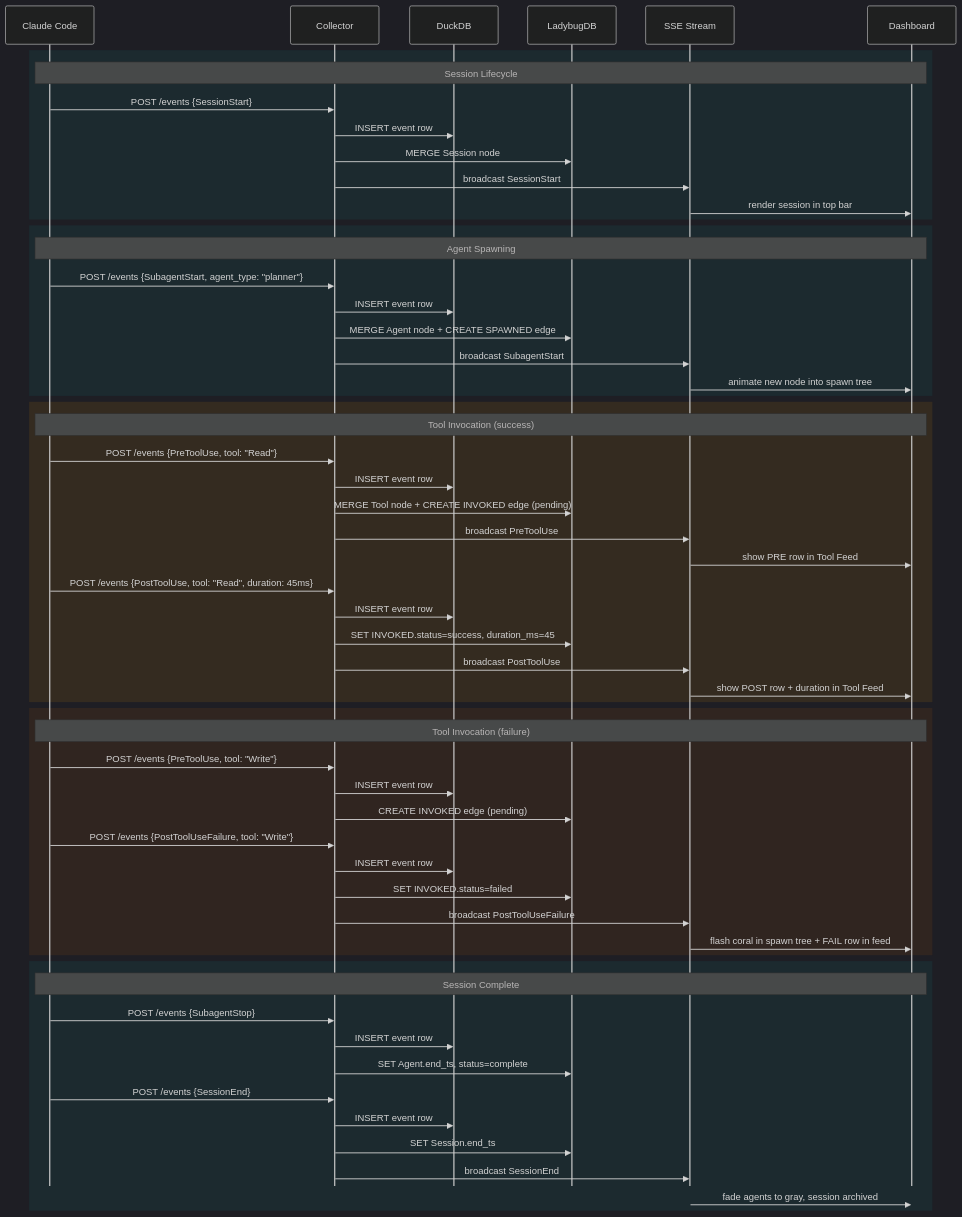
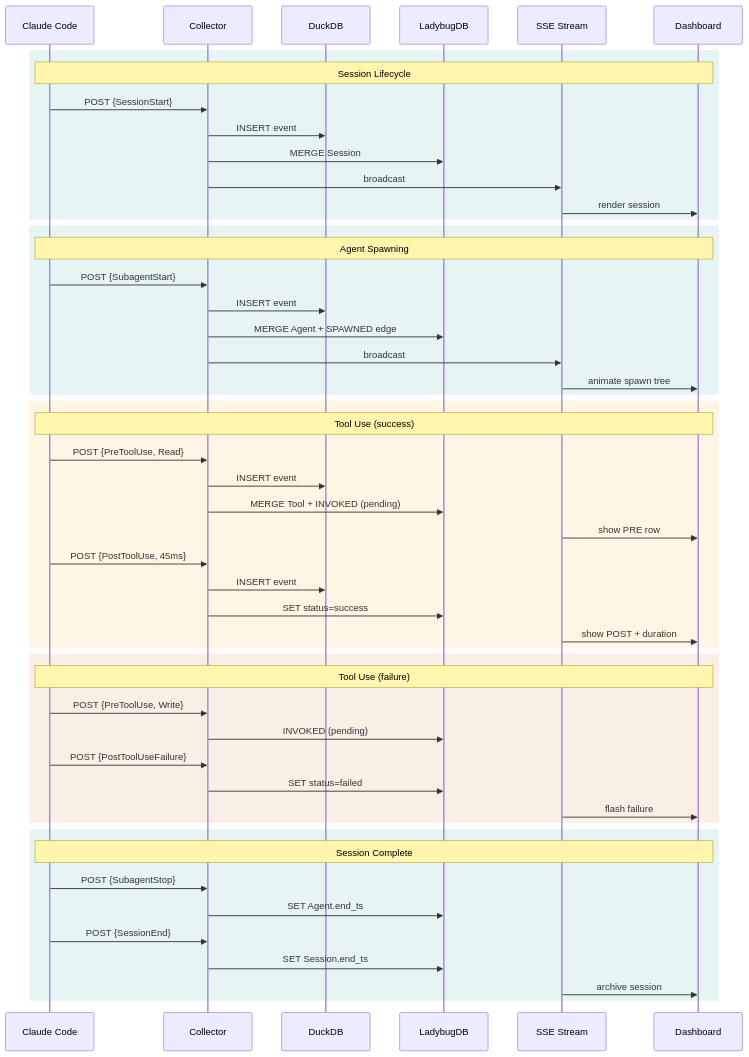
The third of 4 diagrams in docs/architecture.md (halcyondude/observable-claude), drawn with Mermaid before and after one commit. The commit also changed other lines of this file and 6 other files, not shown here.

First line of the commit message:
docs: rewrite with matt-voice, fix mermaid for github rendering

````diff
--- a/docs/architecture.md
+++ b/docs/architecture.md
@@ -143,67 +109,58 @@
 ```mermaid
-%%{init: {'theme': 'dark', 'sequence': {'mirrorActors': false}}}%%
 sequenceDiagram
     participant CC as Claude Code
     participant COL as Collector
     participant DUCK as DuckDB
     participant LADY as LadybugDB
     participant SSE as SSE Stream
     participant DASH as Dashboard
 
     rect rgba(10, 147, 150, 0.1)
         Note over CC,DASH: Session Lifecycle
-        CC->>COL: POST /events {SessionStart}
-        COL->>DUCK: INSERT event row
-        COL->>LADY: MERGE Session node
-        COL->>SSE: broadcast SessionStart
-        SSE->>DASH: render session in top bar
+        CC->>COL: POST {SessionStart}
+        COL->>DUCK: INSERT event
+        COL->>LADY: MERGE Session
+        COL->>SSE: broadcast
+        SSE->>DASH: render session
     end
 
     rect rgba(10, 147, 150, 0.1)
         Note over CC,DASH: Agent Spawning
-        CC->>COL: POST /events {SubagentStart, agent_type: "planner"}
-        COL->>DUCK: INSERT event row
-        COL->>LADY: MERGE Agent node + CREATE SPAWNED edge
-        COL->>SSE: broadcast SubagentStart
-        SSE->>DASH: animate new node into spawn tree
+        CC->>COL: POST {SubagentStart}
+        COL->>DUCK: INSERT event
+        COL->>LADY: MERGE Agent + SPAWNED edge
+        COL->>SSE: broadcast
+        SSE->>DASH: animate spawn tree
     end
 
     rect rgba(238, 155, 0, 0.1)
-        Note over CC,DASH: Tool Invocation (success)
-        CC->>COL: POST /events {PreToolUse, tool: "Read"}
-        COL->>DUCK: INSERT event row
-        COL->>LADY: MERGE Tool node + CREATE INVOKED edge (pending)
-        COL->>SSE: broadcast PreToolUse
-        SSE->>DASH: show PRE row in Tool Feed
+        Note over CC,DASH: Tool Use (success)
+        CC->>COL: POST {PreToolUse, Read}
+        COL->>DUCK: INSERT event
+        COL->>LADY: MERGE Tool + INVOKED (pending)
+        SSE->>DASH: show PRE row
 
-        CC->>COL: POST /events {PostToolUse, tool: "Read", duration: 45ms}
-        COL->>DUCK: INSERT event row
-        COL->>LADY: SET INVOKED.status=success, duration_ms=45
-        COL->>SSE: broadcast PostToolUse
-        SSE->>DASH: show POST row + duration in Tool Feed
+        CC->>COL: POST {PostToolUse, 45ms}
+        COL->>DUCK: INSERT event
+        COL->>LADY: SET status=success
+        SSE->>DASH: show POST + duration
     end
 
     rect rgba(202, 103, 2, 0.1)
-        Note over CC,DASH: Tool Invocation (failure)
-        CC->>COL: POST /events {PreToolUse, tool: "Write"}
-        COL->>DUCK: INSERT event row
-        COL->>LADY: CREATE INVOKED edge (pending)
-        CC->>COL: POST /events {PostToolUseFailure, tool: "Write"}
-        COL->>DUCK: INSERT event row
-        COL->>LADY: SET INVOKED.status=failed
-        COL->>SSE: broadcast PostToolUseFailure
-        SSE->>DASH: flash coral in spawn tree + FAIL row in feed
+        Note over CC,DASH: Tool Use (failure)
+        CC->>COL: POST {PreToolUse, Write}
+        COL->>LADY: INVOKED (pending)
+        CC->>COL: POST {PostToolUseFailure}
+        COL->>LADY: SET status=failed
+        SSE->>DASH: flash failure
     end
 
     rect rgba(10, 147, 150, 0.1)
         Note over CC,DASH: Session Complete
-        CC->>COL: POST /events {SubagentStop}
-        COL->>DUCK: INSERT event row
-        COL->>LADY: SET Agent.end_ts, status=complete
-        CC->>COL: POST /events {SessionEnd}
-        COL->>DUCK: INSERT event row
+        CC->>COL: POST {SubagentStop}
+        COL->>LADY: SET Agent.end_ts
+        CC->>COL: POST {SessionEnd}
         COL->>LADY: SET Session.end_ts
-        COL->>SSE: broadcast SessionEnd
-        SSE->>DASH: fade agents to gray, session archived
+        SSE->>DASH: archive session
     end
 ```
````
